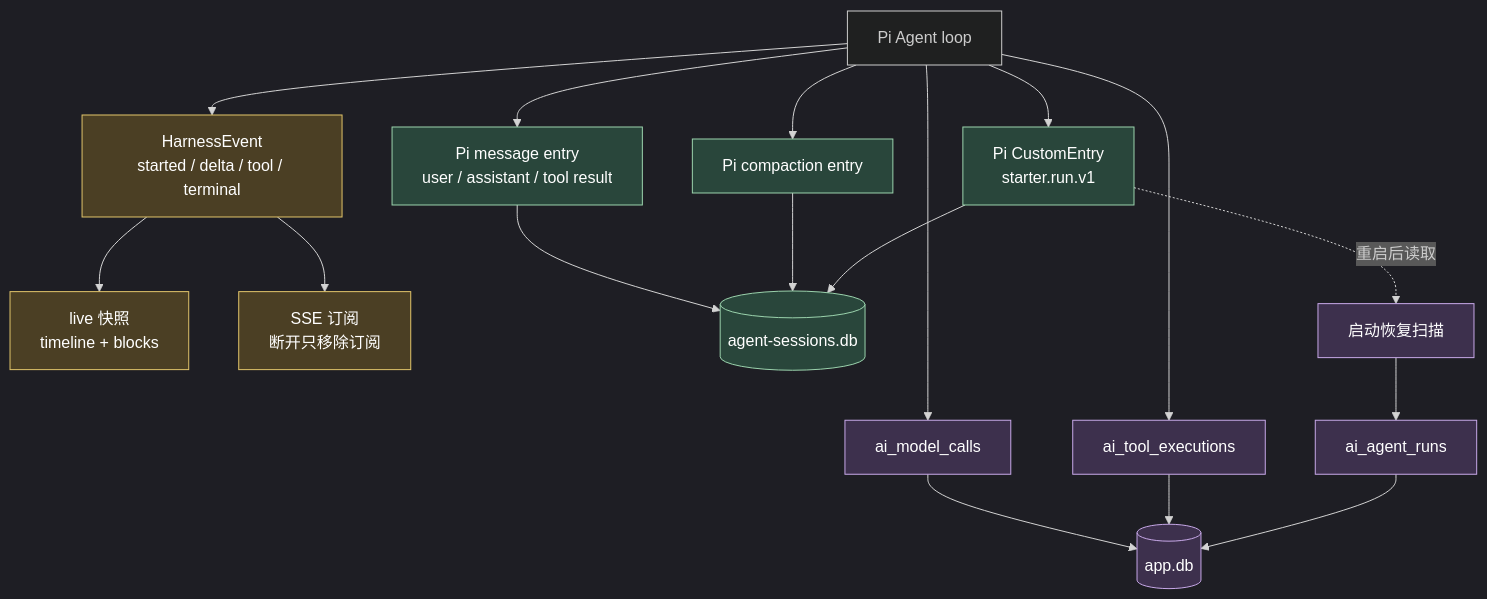
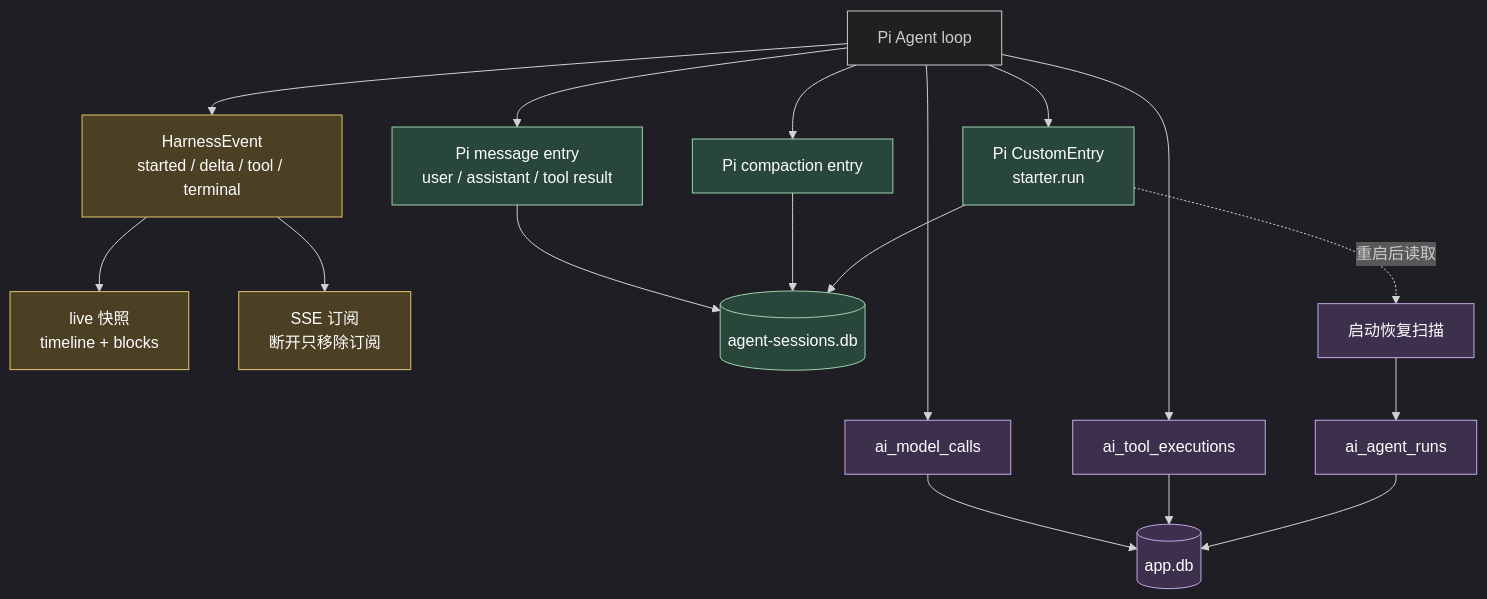
Before and after one commit to xidongdong-153/starter: the third of 5 diagrams in docs/ai/design.md, drawn with Mermaid. The commit also changed other lines of this file and 102 other files, not shown here.

````diff
--- a/docs/ai/design.md
+++ b/docs/ai/design.md
@@ -174,41 +174,41 @@
 ```mermaid
 %%{init: {"theme": "dark"}}%%
 flowchart TD
   Loop["Pi Agent loop"]
   Events["HarnessEvent<br/>started / delta / tool / terminal"]
   Live["live 快照<br/>timeline + blocks"]
   Msg["Pi message entry<br/>user / assistant / tool result"]
   Comp["Pi compaction entry"]
-  Term["Pi CustomEntry<br/>starter.run.v1"]
+  Term["Pi CustomEntry<br/>starter.run"]
   MCall["ai_model_calls"]
   TExec["ai_tool_executions"]
   RunRow["ai_agent_runs"]
   SSE["SSE 订阅<br/>断开只移除订阅"]
   PiDB[("agent-sessions.db")]
   MainDB[("app.db")]
   Recover["启动恢复扫描"]
 
   Loop --> Events
   Events --> Live
   Events --> SSE
   Loop --> Msg
   Loop --> Comp
   Loop --> MCall
   Loop --> TExec
   Loop --> Term
   Msg --> PiDB
   Comp --> PiDB
   Term --> PiDB
   MCall --> MainDB
   TExec --> MainDB
   RunRow --> MainDB
   Term -.->|"重启后读取"| Recover
   Recover --> RunRow
 
   classDef event fill:#4b3f24,stroke:#e1c46a,color:#fff
   classDef pi fill:#29463b,stroke:#9bd3ad,color:#fff
   classDef main fill:#3d304d,stroke:#c7a8e8,color:#fff
   class Events,Live,SSE event
   class Msg,Comp,Term,PiDB pi
   class MCall,TExec,RunRow,MainDB,Recover main
 ```
````
